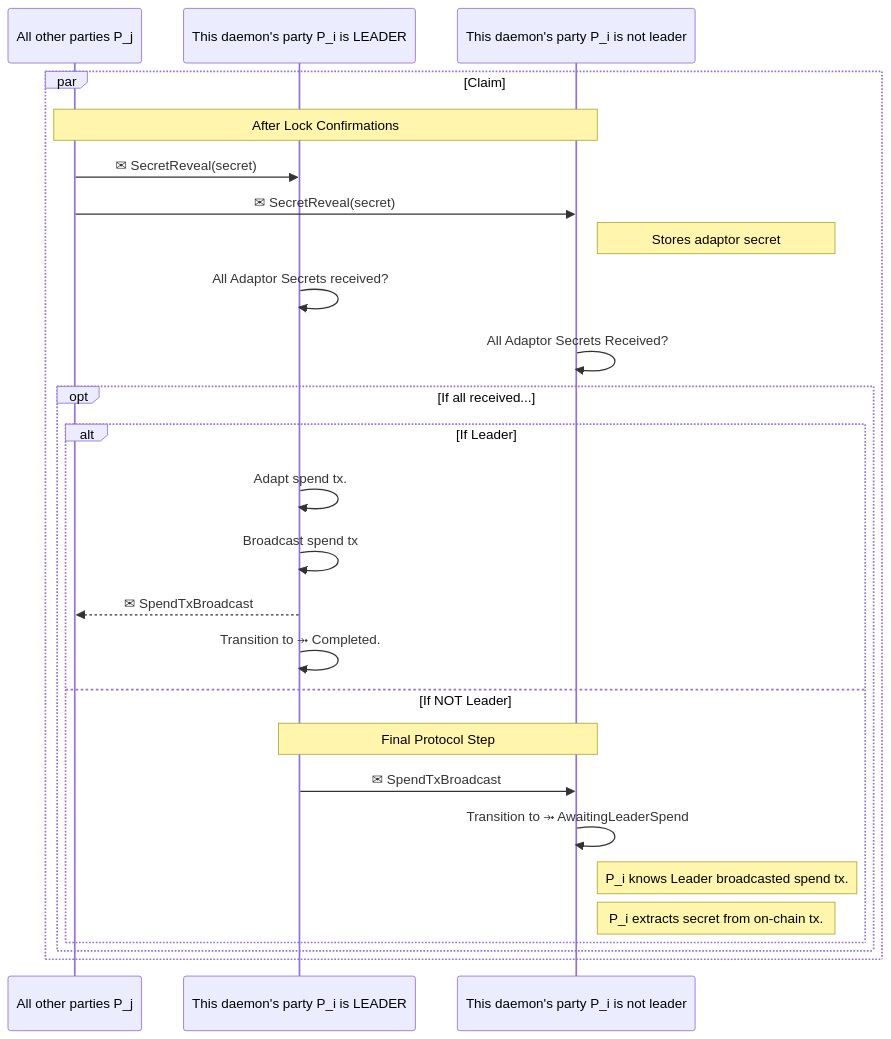
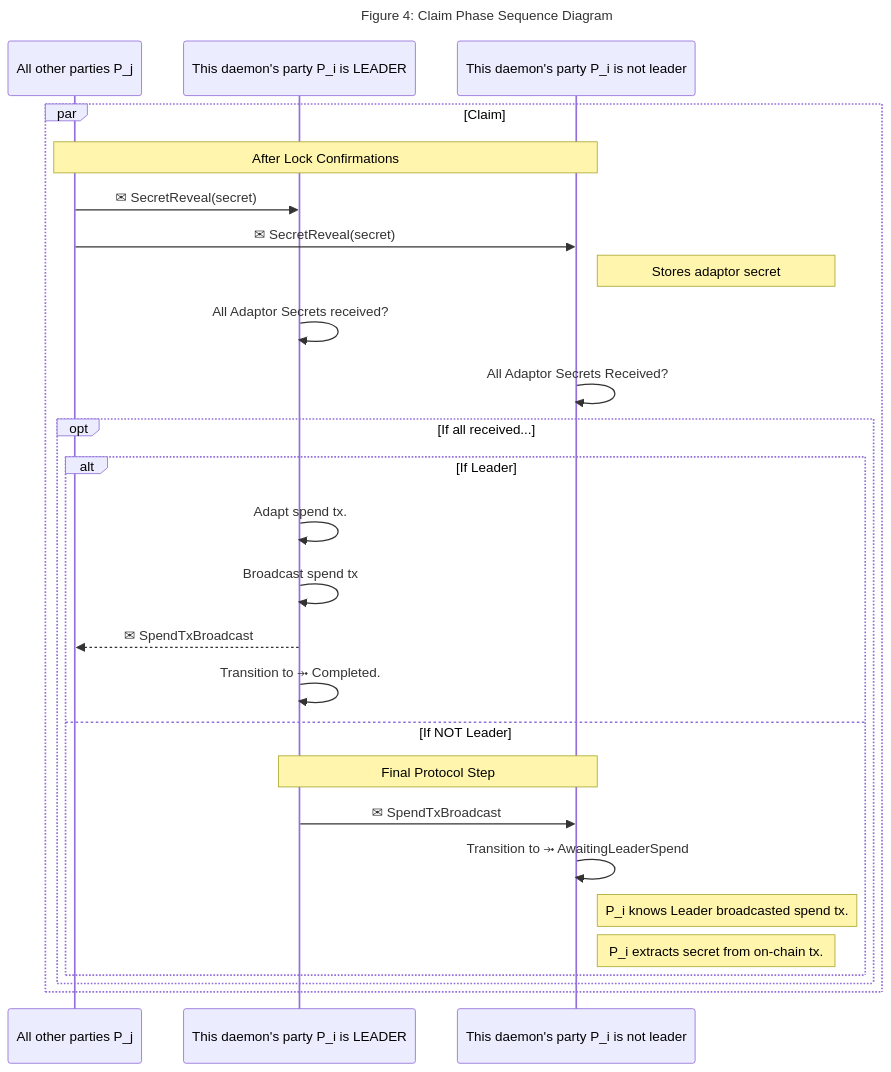
One commit to input-output-hk/cyclic-atomic-swap changed the fourth of 4 diagrams in docs/arc42/6_rtw.md. Above: the diagram before and after it, drawn with Mermaid. The commit also changed other lines of this file and 4 other files, not shown here.

````diff
--- a/docs/arc42/6_rtw.md
+++ b/docs/arc42/6_rtw.md
@@ -361,28 +372,31 @@
 ```mermaid
+---
+title: "Figure 4: Claim Phase Sequence Diagram"
+---
 sequenceDiagram
     participant P_j as All other parties P_j
     participant P_leader as This daemon's party P_i is LEADER
     participant P_i as This daemon's party P_i is not leader
     par Claim
         Note over P_j, P_i: After Lock Confirmations
         P_j->>P_leader: ✉ SecretReveal(secret)
         P_j->>P_i: ✉ SecretReveal(secret)
         Note right of P_i: Stores adaptor secret
         P_leader->>P_leader: All Adaptor Secrets received?
         P_i->>P_i: All Adaptor Secrets Received?
         opt If all received...
             alt If Leader
                 P_leader->>P_leader: Adapt spend tx.
                 P_leader->>P_leader: Broadcast spend tx
                 P_leader-->>P_j: ✉ SpendTxBroadcast
                 P_leader->>P_leader: Transition to ⤞ Completed.
             else If NOT Leader
                 Note over P_leader, P_i: Final Protocol Step
                 P_leader->>P_i: ✉ SpendTxBroadcast
                 P_i->>P_i: Transition to ⤞ AwaitingLeaderSpend
                 Note right of P_i: P_i knows Leader broadcasted spend tx.
                 Note right of P_i: P_i extracts secret from on-chain tx.
             end
         end
     end
 ```
````
